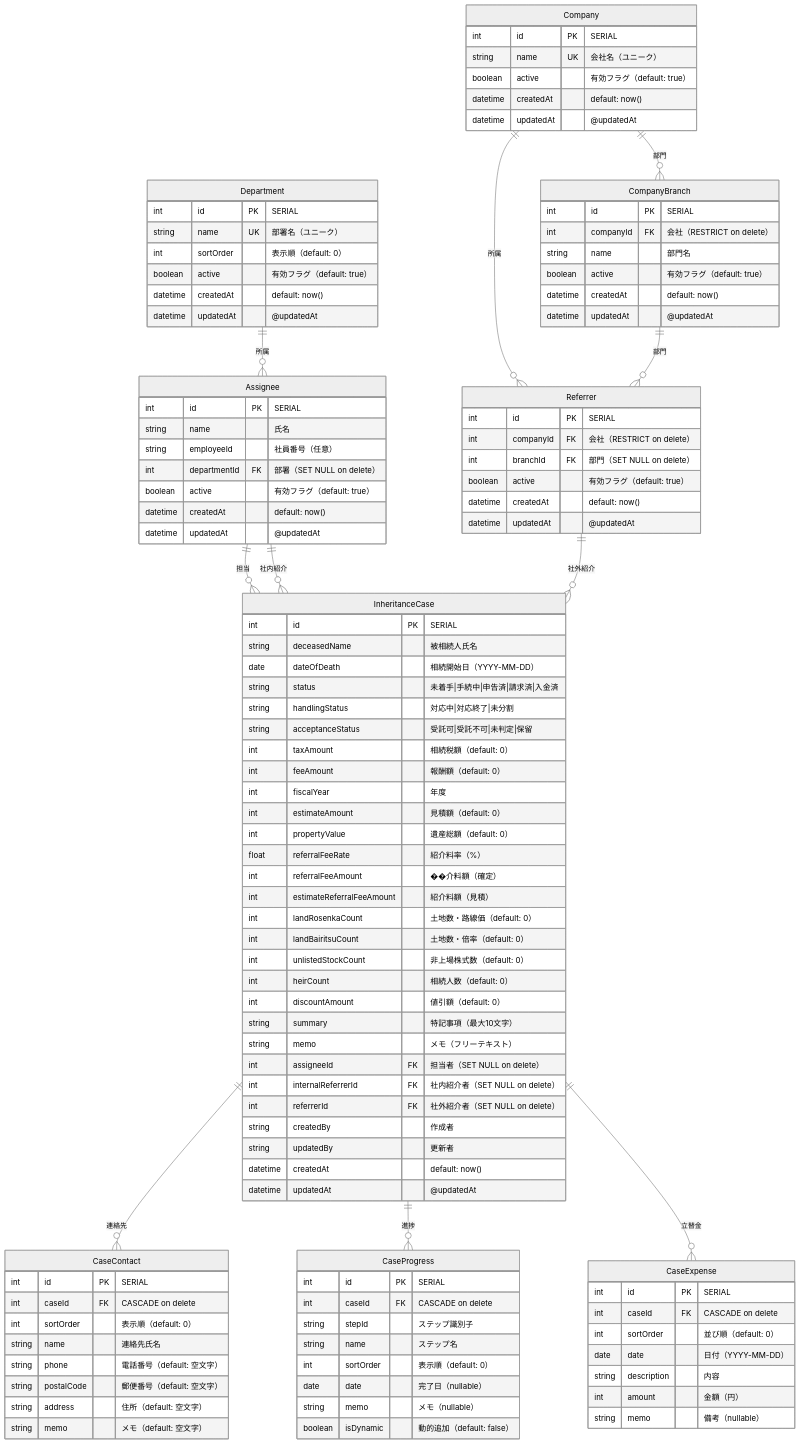
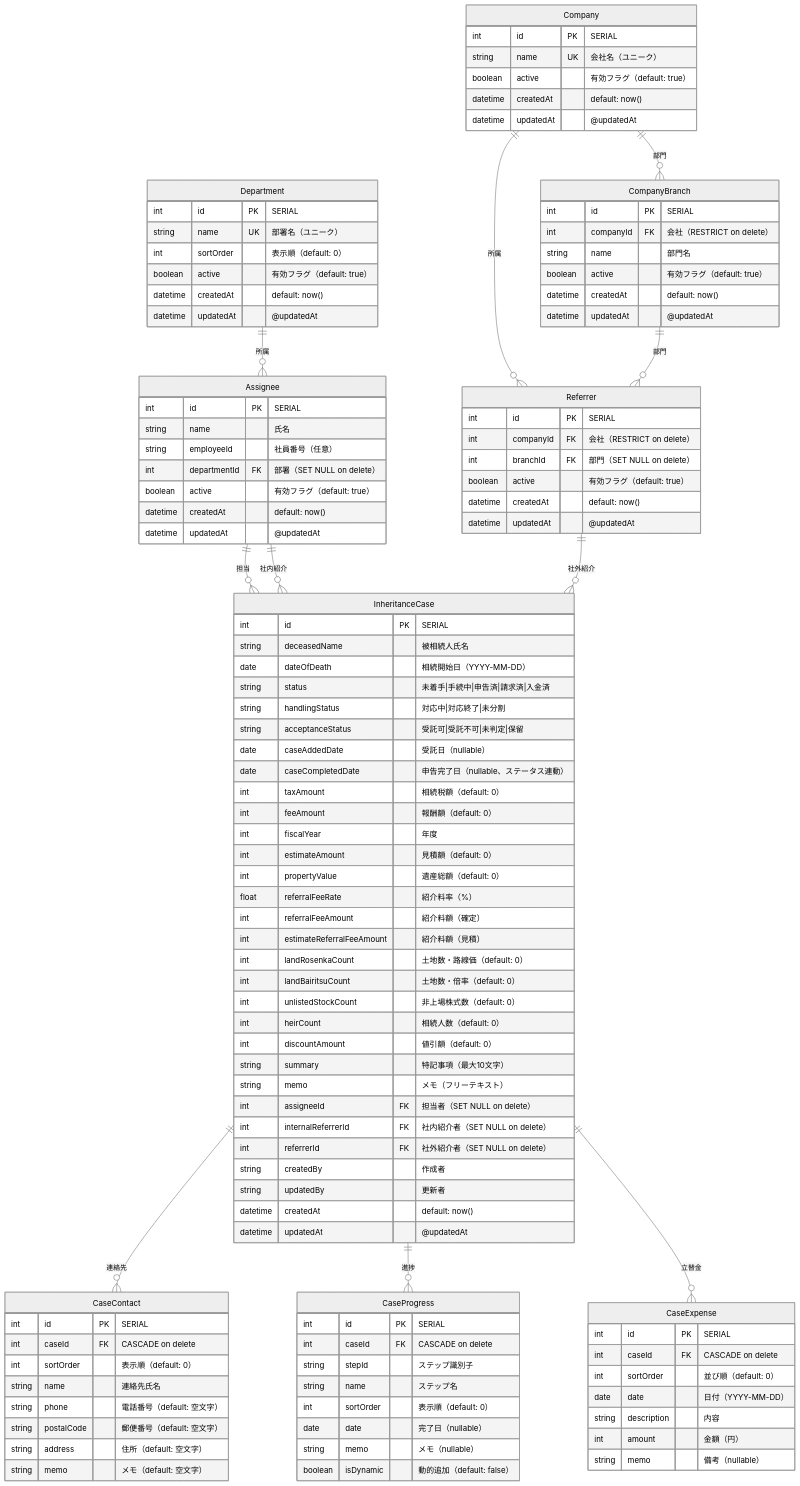
The diagram in apps/inheritance-case-management/README.md (kojima1978/tax_apps), drawn with Mermaid (neutral theme) before and after one commit. The commit also changed other lines of this file and 3 other files, not shown here.

```diff
--- a/apps/inheritance-case-management/README.md
+++ b/apps/inheritance-case-management/README.md
@@ -539,13 +544,15 @@
         string status "未着手|手続中|申告済|請求済|入金済"
         string handlingStatus "対応中|対応終了|未分割"
         string acceptanceStatus "受託可|受託不可|未判定|保留"
+        date caseAddedDate "受託日（nullable）"
+        date caseCompletedDate "申告完了日（nullable、ステータス連動）"
         int taxAmount "相続税額（default: 0）"
         int feeAmount "報酬額（default: 0）"
         int fiscalYear "年度"
         int estimateAmount "見積額（default: 0）"
         int propertyValue "遺産総額（default: 0）"
         float referralFeeRate "紹介料率（%）"
-        int referralFeeAmount "��介料額（確定）"
+        int referralFeeAmount "紹介料額（確定）"
         int estimateReferralFeeAmount "紹介料額（見積）"
         int landRosenkaCount "土地数・路線価（default: 0）"
         int landBairitsuCount "土地数・倍率（default: 0）"
```
